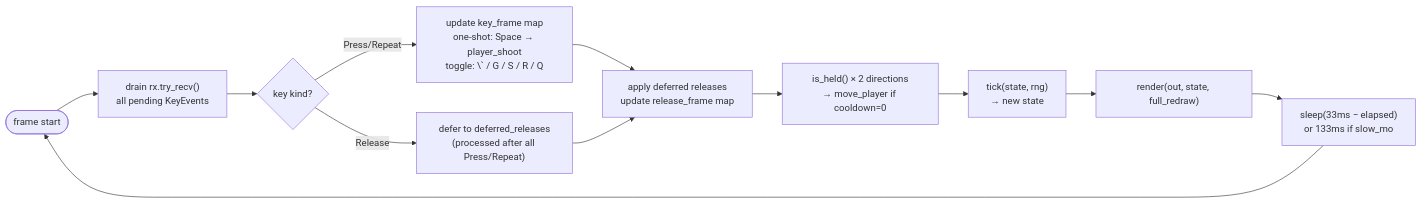
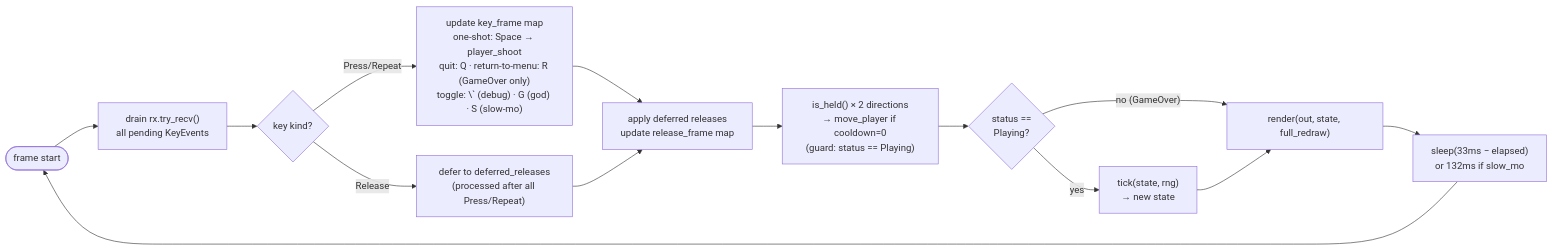
The fourth of 10 diagrams in docs/architecture.md (clove335/ShootingGame), drawn with Mermaid before and after one commit. The commit also changed other lines of this file, not shown here.

First line of the commit message:
Fix 5 inaccuracies in docs/architecture.md

````diff
--- a/docs/architecture.md
+++ b/docs/architecture.md
@@ -81,14 +83,16 @@
 ```mermaid
 flowchart LR
     A([frame start]) --> B["drain rx.try_recv()\nall pending KeyEvents"]
     B --> C{"key kind?"}
-    C -->|"Press/Repeat"| D["update key_frame map\none-shot: Space → player_shoot\ntoggle: \` / G / S / R / Q"]
+    C -->|"Press/Repeat"| D["update key_frame map\none-shot: Space → player_shoot\nquit: Q · return-to-menu: R (GameOver only)\ntoggle: \` (debug) · G (god) · S (slow-mo)"]
     C -->|"Release"| E["defer to deferred_releases\n(processed after all Press/Repeat)"]
     D --> F["apply deferred releases\nupdate release_frame map"]
     E --> F
-    F --> G["is_held() × 2 directions\n→ move_player if cooldown=0"]
-    G --> H["tick(state, rng)\n→ new state"]
-    H --> I["render(out, state, full_redraw)"]
-    I --> J["sleep(33ms − elapsed)\nor 133ms if slow_mo"]
+    F --> G["is_held() × 2 directions\n→ move_player if cooldown=0\n(guard: status == Playing)"]
+    G --> H{"status ==\nPlaying?"}
+    H -->|"yes"| tick_node["tick(state, rng)\n→ new state"]
+    H -->|"no (GameOver)"| I
+    tick_node --> I["render(out, state, full_redraw)"]
+    I --> J["sleep(33ms − elapsed)\nor 132ms if slow_mo"]
     J --> A
 ```
````
